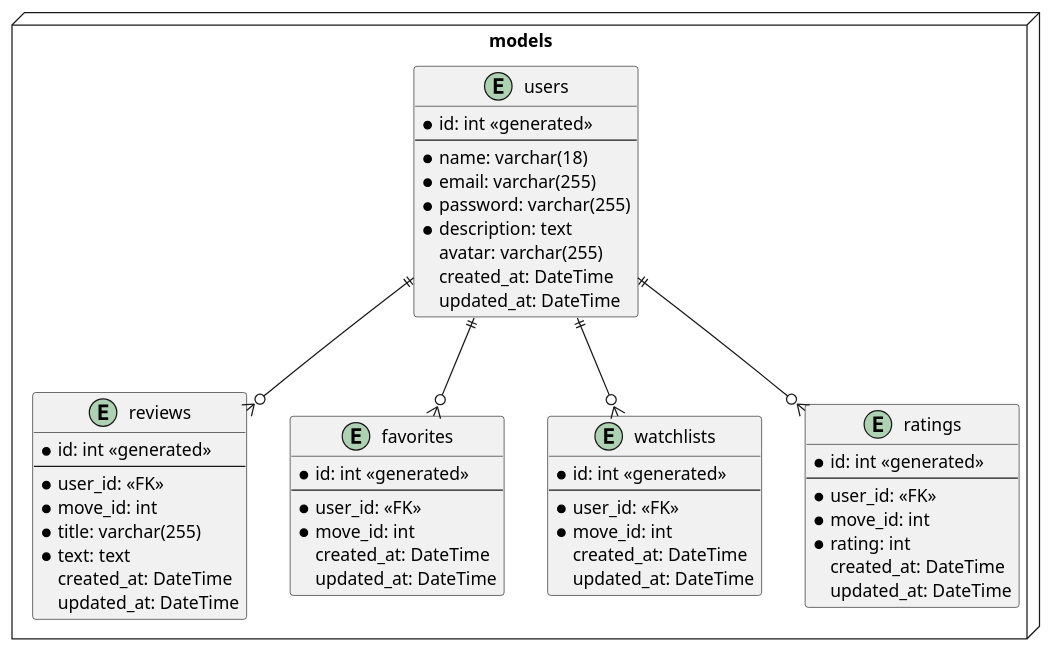
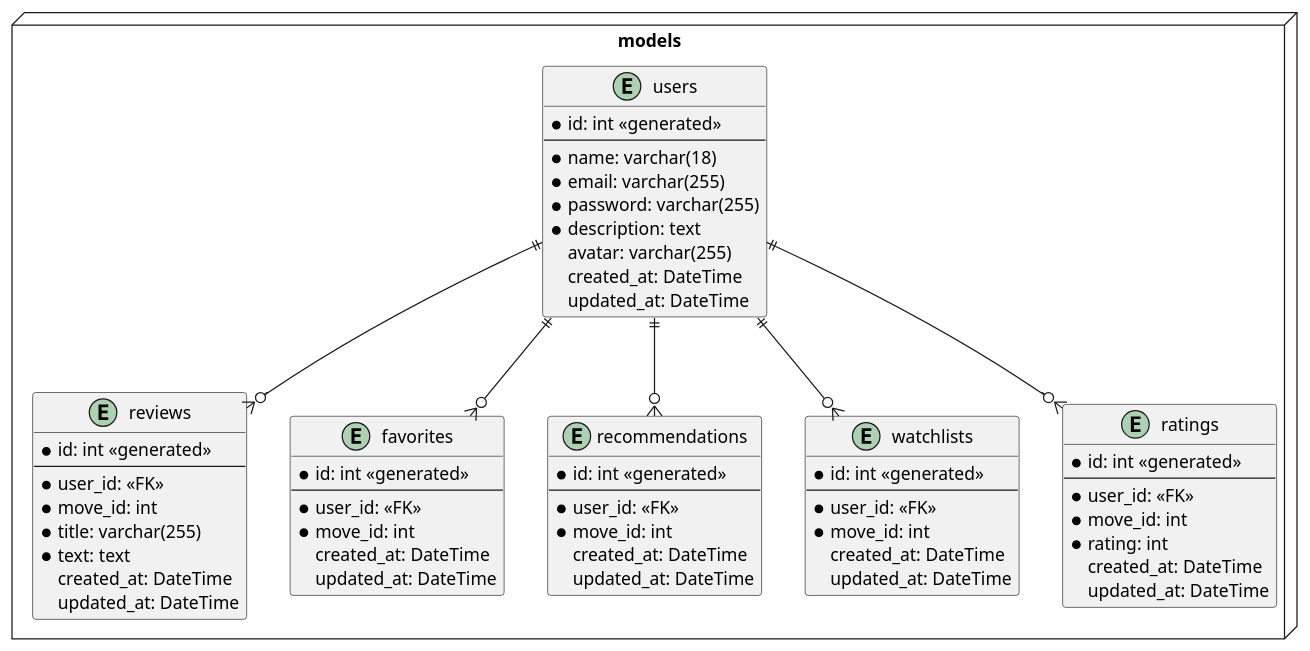
One commit to Maxiboy441/PixelPrime changed the diagram in Documentation/diagramms/erm.puml. Above: the diagram before and after it, drawn with PlantUML.

Commit message:
feat(63275986): add recommendations to erm

```diff
--- a/Documentation/diagramms/erm.puml
+++ b/Documentation/diagramms/erm.puml
@@ -1,61 +1,71 @@
 @startuml
 
 package "models" <<Node>> {
     entity users {
         * id: int <<generated>>
         --
         * name: varchar(18)
         * email: varchar(255)
         * password: varchar(255)
         * description: text
         avatar: varchar(255)
         created_at: DateTime
         updated_at: DateTime
     }
 
     entity reviews {
         * id: int <<generated>>
         --
         * user_id: <<FK>>
         * move_id: int
         * title: varchar(255)
         * text: text
         created_at: DateTime
         updated_at: DateTime
     }
 
     entity favorites {
         * id: int <<generated>>
         --
         * user_id: <<FK>>
         * move_id: int
         created_at: DateTime
         updated_at: DateTime
     }
 
+    entity recommendations {
+        * id: int <<generated>>
+        --
+        * user_id: <<FK>>
+        * move_id: int
+        created_at: DateTime
+        updated_at: DateTime
+    }
+
     entity watchlists {
         * id: int <<generated>>
         --
         * user_id: <<FK>>
         * move_id: int
         created_at: DateTime
         updated_at: DateTime
     }
 
     entity ratings {
         * id: int <<generated>>
         --
         * user_id: <<FK>>
         * move_id: int
         * rating: int
         created_at: DateTime
         updated_at: DateTime
     }
 }
 
 users ||--o{ ratings
 users ||--o{ reviews
 users ||--o{ favorites
 users ||--o{ watchlists
+users ||--o{ recommendations
 
 @enduml
```
